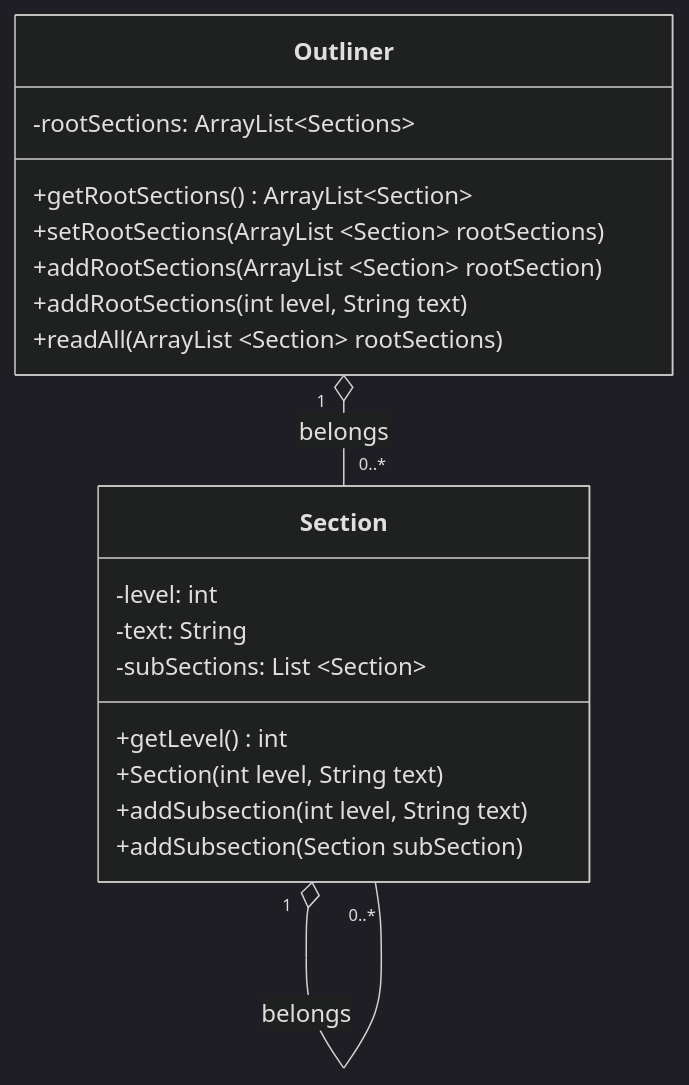
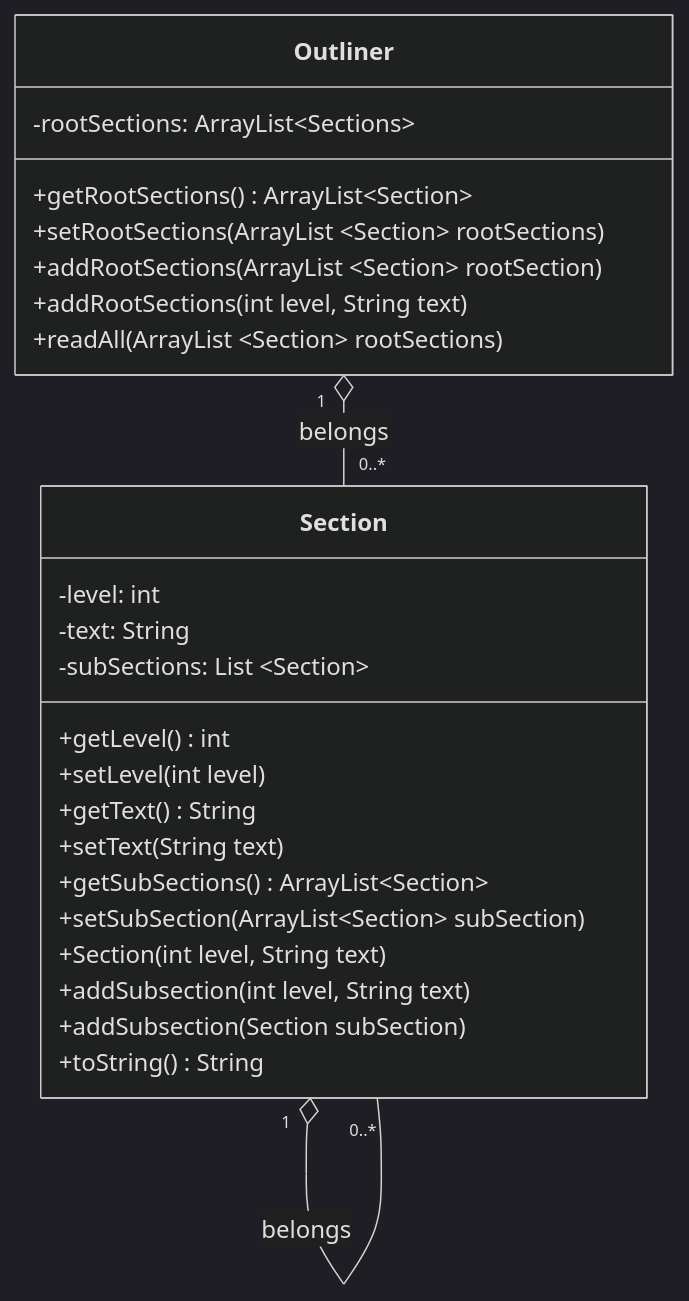
One commit to itsjihunpark/Microsoft-Word-Outliner-Clone changed the diagram in docs/UMLTemplate.md. Above: the diagram before and after it, drawn with Mermaid (dark theme).

````diff
--- a/docs/UMLTemplate.md
+++ b/docs/UMLTemplate.md
@@ -24,26 +24,30 @@
 ```mermaid
 classDiagram
     Outliner "1" o-- "0..*" Section : belongs
     Section "1" o-- "0..*" Section : belongs 
     class Outliner{
       -rootSections: ArrayList~Sections~
       +getRootSections() ArrayList~Section~
       +setRootSections(ArrayList ~Section~ rootSections) 
       +addRootSections(ArrayList ~Section~ rootSection)
       +addRootSections(int level, String text)
       +readAll(ArrayList ~Section~ rootSections)
       
     }
     class Section{
       -level: int
       -text: String
       -subSections: List ~Section~
       +getLevel() int
-      
-
+      +setLevel(int level)
+      +getText() String
+      +setText(String text)
+      +getSubSections() ArrayList~Section~
+      +setSubSection(ArrayList~Section~ subSection)
       +Section(int level, String text)
       +addSubsection(int level, String text)
       +addSubsection(Section subSection)
+      +toString() String
     }
 
 ```
````
